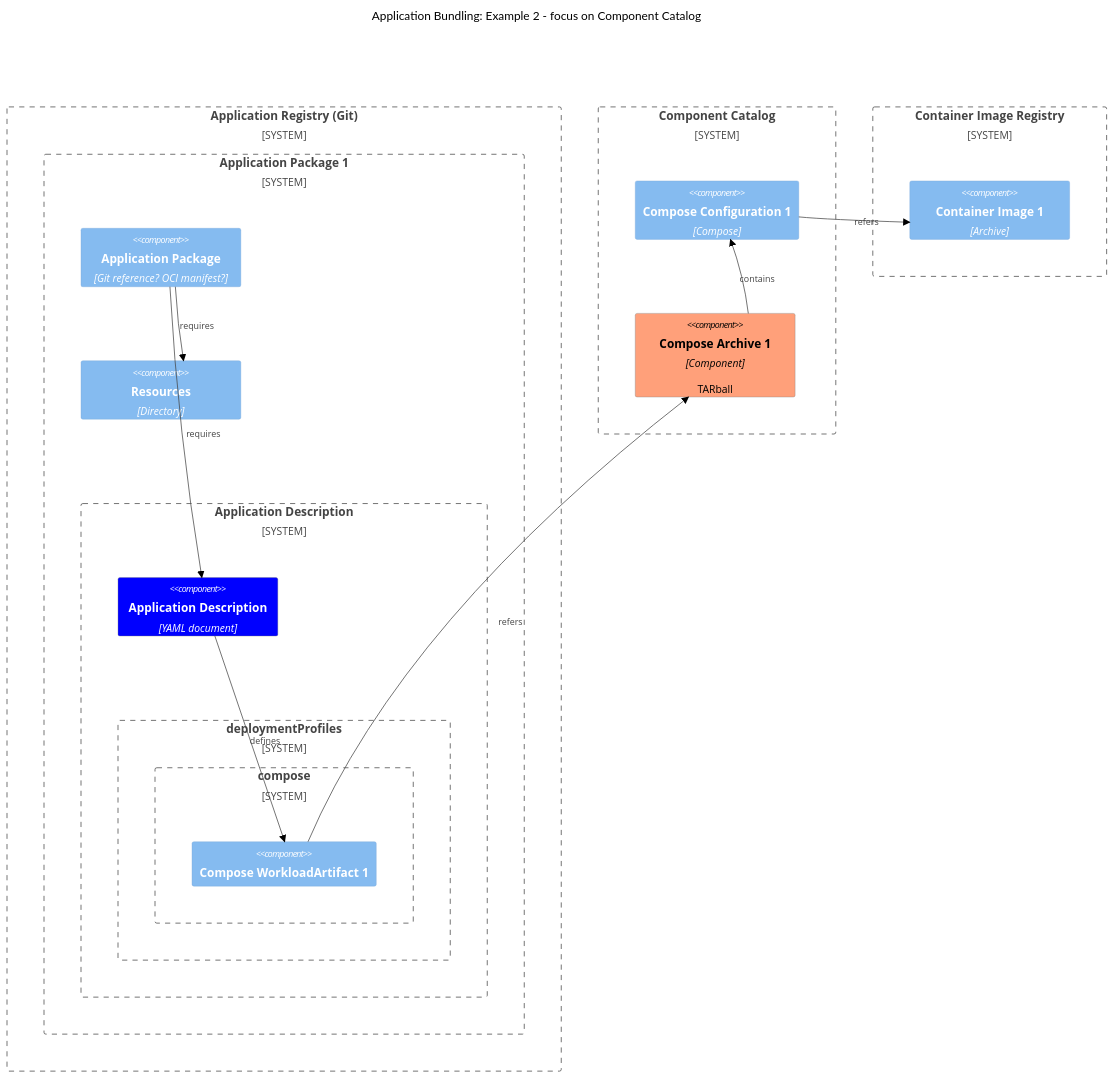
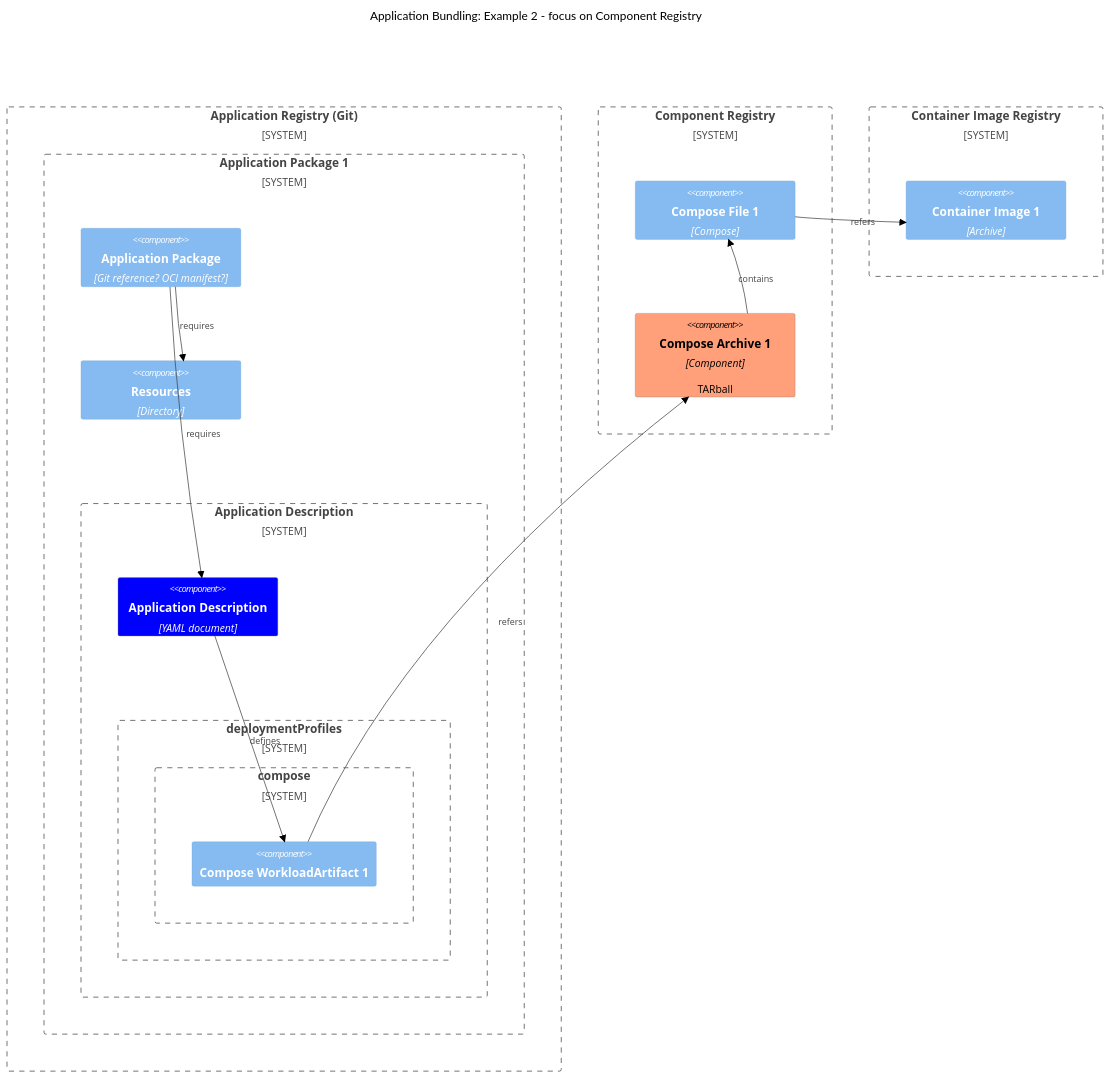
Before and after one commit to margo/specification: the third of 6 diagrams in system-design/margo-overview/software-composition.md, drawn with Mermaid (forest theme). The commit also changed other lines of this file and 1 other file, not shown here.

````diff
--- a/system-design/margo-overview/software-composition.md
+++ b/system-design/margo-overview/software-composition.md
@@ -178,44 +122,44 @@
 ```mermaid
 C4Component
-    title Application Bundling: Example 2 - focus on Component Catalog
+    title Application Bundling: Example 2 - focus on Component Registry
 
     UpdateLayoutConfig($c4BoundaryInRow="1", $c4ShapeInRow="3")
 
     System_Boundary(ar, "Application Registry (Git)") {
         System_Boundary(ab1, "Application Package 1") {
             Component(atb1, "Application Package", "Git reference? OCI manifest?")
 
             System_Boundary(c1, "Application Description") {
                 Component(ad, "Application Description", "YAML document")
                 System_Boundary(c2, "deploymentProfiles") {
                     System_Boundary(c4, "compose") {
                         Component(wldc1, "Compose WorkloadArtifact 1")
                     }
                 }
                 Rel(ad,wldc1, "defines")
             }
 
             Component(rd, "Resources", "Directory")
 
             Rel(atb1, ad, "requires")
             Rel(atb1, rd, "requires")
         }
     }
 
-    System_Boundary(crr, "Component Catalog") {
-        Component(cc1, "Compose Configuration 1", "Compose")
+    System_Boundary(crr, "Component Registry") {
+        Component(cc1, "Compose File 1", "Compose")
         Component(ca1, "Compose Archive 1", "Component", "TARball")
         Rel(ca1, cc1, "contains")
         UpdateRelStyle(cc1, cim1, $offsetY="50")
     }
 
     System_Boundary(cir, "Container Image Registry") {
         Component(cim1, "Container Image 1", "Archive")
     }
 
     Rel(wldc1, ca1, "refers")
     Rel(cc1, cim1, "refers")
 
     UpdateElementStyle(ad, $fontColor="white", $bgColor="blue", $borderColor="grey")
     UpdateElementStyle(ca1, $fontColor="black", $bgColor="lightsalmon", $borderColor="grey")
 ```
````
